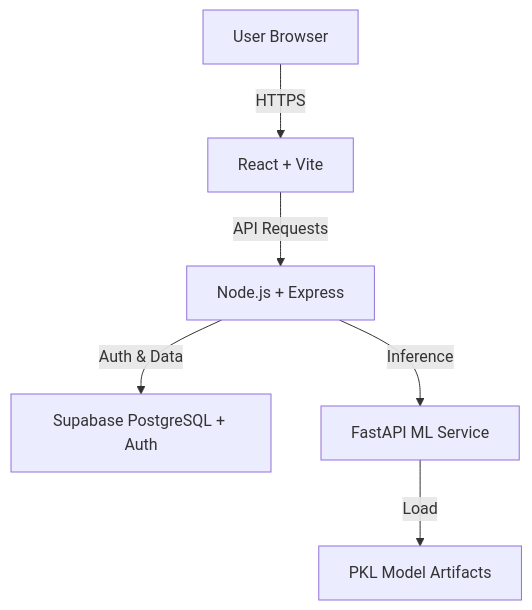
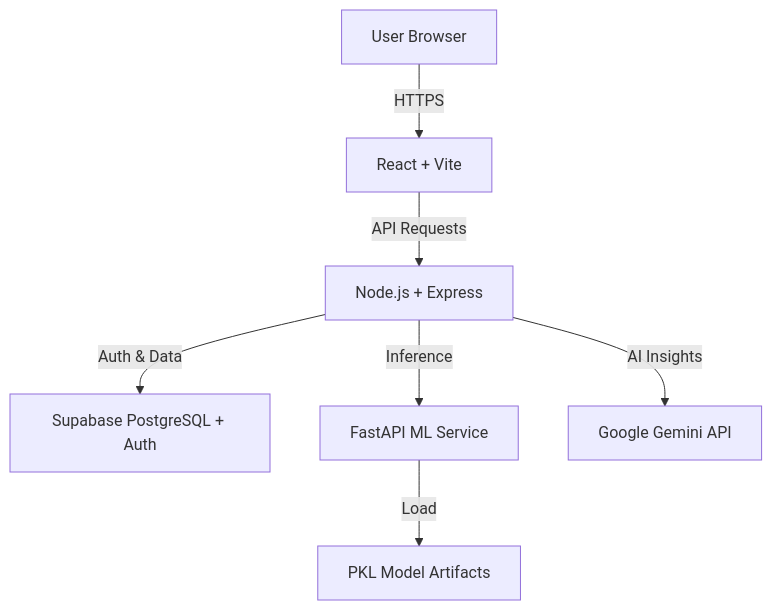
One commit to Shubham-404/Neuro-Shield-v2 changed the diagram in PROJECT_CONTEXT.md. Above: the diagram before and after it, drawn with Mermaid. The commit also changed other lines of this file, not shown here.

````diff
--- a/PROJECT_CONTEXT.md
+++ b/PROJECT_CONTEXT.md
@@ -26,8 +27,9 @@
 ```mermaid
 graph TD
     User[User Browser] -->|HTTPS| Frontend[React + Vite]
     Frontend -->|API Requests| Backend[Node.js + Express]
     Backend -->|Auth & Data| Supabase[Supabase PostgreSQL + Auth]
     Backend -->|Inference| MLService[FastAPI ML Service]
+    Backend -->|AI Insights| Gemini[Google Gemini API]
     MLService -->|Load| Model[PKL Model Artifacts]
 ```
````
